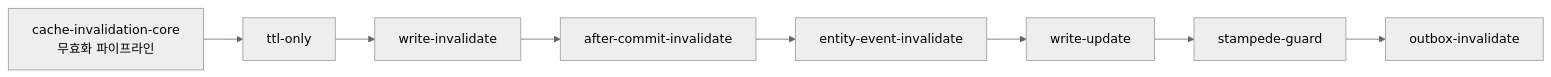
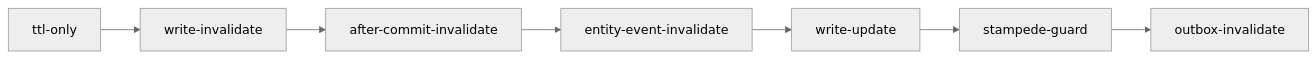
Before and after one commit to gmoon92/toy: the diagram in spring-cache/cache-invalidation-strategy/docs/poc-scenarios.md, drawn with Mermaid (neutral theme). The commit also changed other lines of this file and 7 other files, not shown here.

````diff
--- a/spring-cache/cache-invalidation-strategy/docs/poc-scenarios.md
+++ b/spring-cache/cache-invalidation-strategy/docs/poc-scenarios.md
@@ -32,10 +32,9 @@
 ```mermaid
 flowchart LR
-    C["cache-invalidation-core<br/>무효화 파이프라인"] --> T[ttl-only]
-    T --> W[write-invalidate]
+    T[ttl-only] --> W[write-invalidate]
     W --> A[after-commit-invalidate]
     A --> E[entity-event-invalidate]
     E --> U[write-update]
     U --> S[stampede-guard]
     S --> O[outbox-invalidate]
 ```
````
